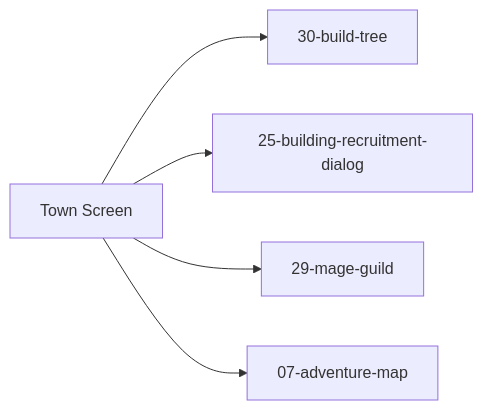
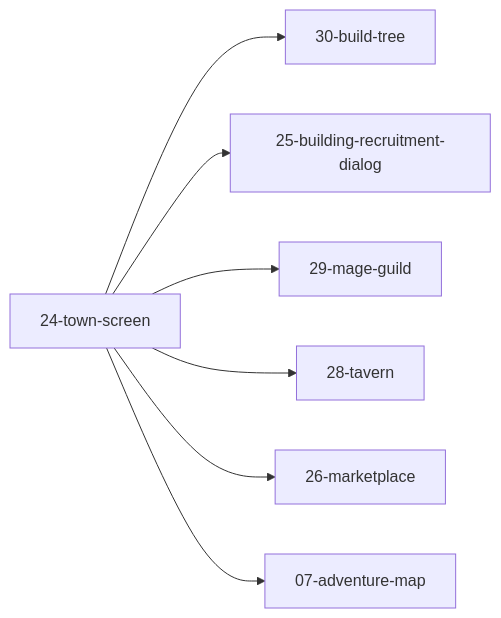
The fifth of 5 diagrams in docs/architecture/wiki/screens/24-town-screen/architecture.md (SunaNoOshiro/Heroes_Reforged_AI_Realms), drawn with Mermaid before and after one commit. The commit also changed other lines of this file and 518 other files, not shown here.

First line of the commit message:
Add doc-audit skill and sweep architecture/screen docs

````diff
--- a/docs/architecture/wiki/screens/24-town-screen/architecture.md
+++ b/docs/architecture/wiki/screens/24-town-screen/architecture.md
@@ -74,8 +77,10 @@
 ```mermaid
 flowchart LR
-  Current["Town Screen"]
+  Current["24-town-screen"]
   Current --> T0["30-build-tree"]
   Current --> T1["25-building-recruitment-dialog"]
   Current --> T2["29-mage-guild"]
-  Current --> T3["07-adventure-map"]
+  Current --> T3["28-tavern"]
+  Current --> T4["26-marketplace"]
+  Current --> T5["07-adventure-map"]
 ```
````
